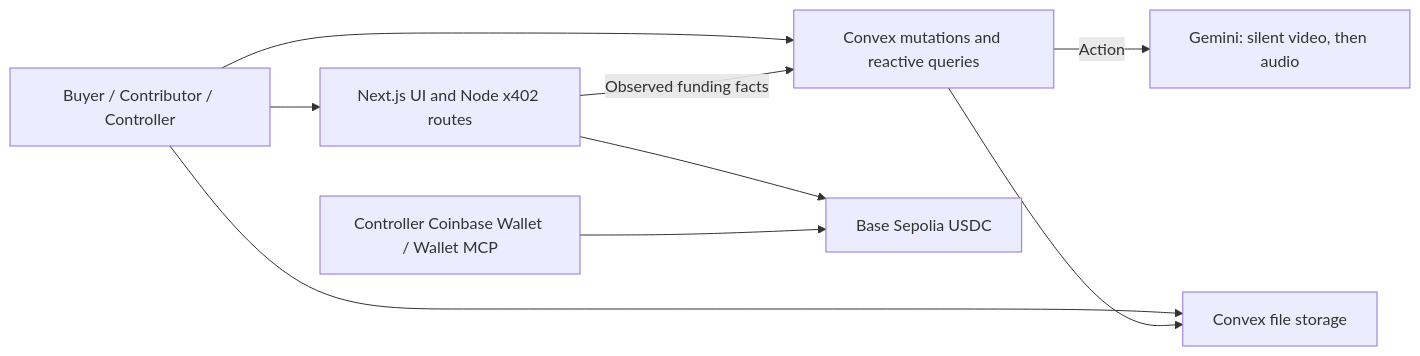
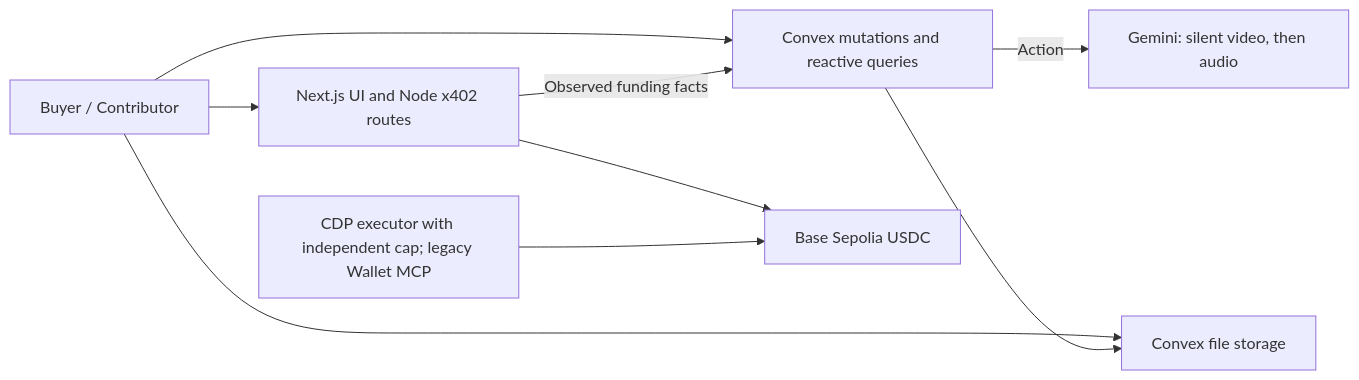
Before and after one commit to stephenhungg/skarl: the diagram in docs/backend.md, drawn with Mermaid. The commit also changed other lines of this file and 101 other files, not shown here.

````diff
--- a/docs/backend.md
+++ b/docs/backend.md
@@ -121,11 +121,11 @@
 ```mermaid
 flowchart LR
-  Browser[Buyer / Contributor / Controller] --> Web[Next.js UI and Node x402 routes]
+  Browser[Buyer / Contributor] --> Web[Next.js UI and Node x402 routes]
   Browser --> Convex[Convex mutations and reactive queries]
   Browser --> Files[Convex file storage]
   Web -->|Observed funding facts| Convex
   Convex -->|Action| Gemini[Gemini: silent video, then audio]
   Convex --> Files
   Web --> Chain[Base Sepolia USDC]
-  Wallet[Controller Coinbase Wallet / Wallet MCP] --> Chain
+  Wallet[CDP executor with independent cap; legacy Wallet MCP] --> Chain
 ```
````
